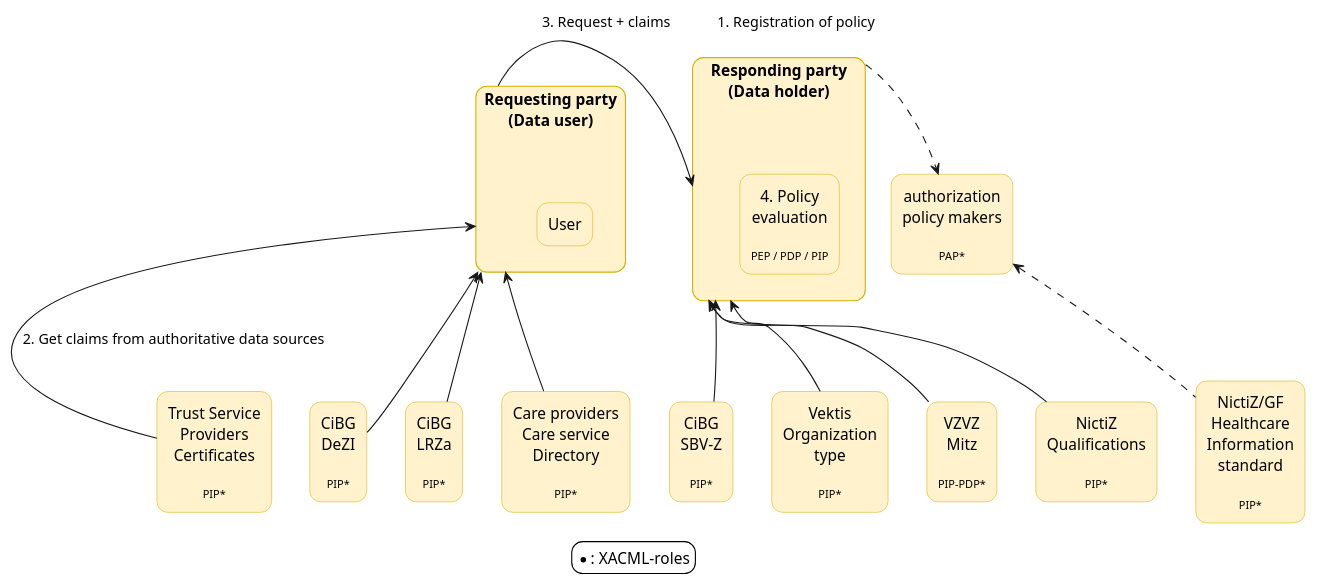
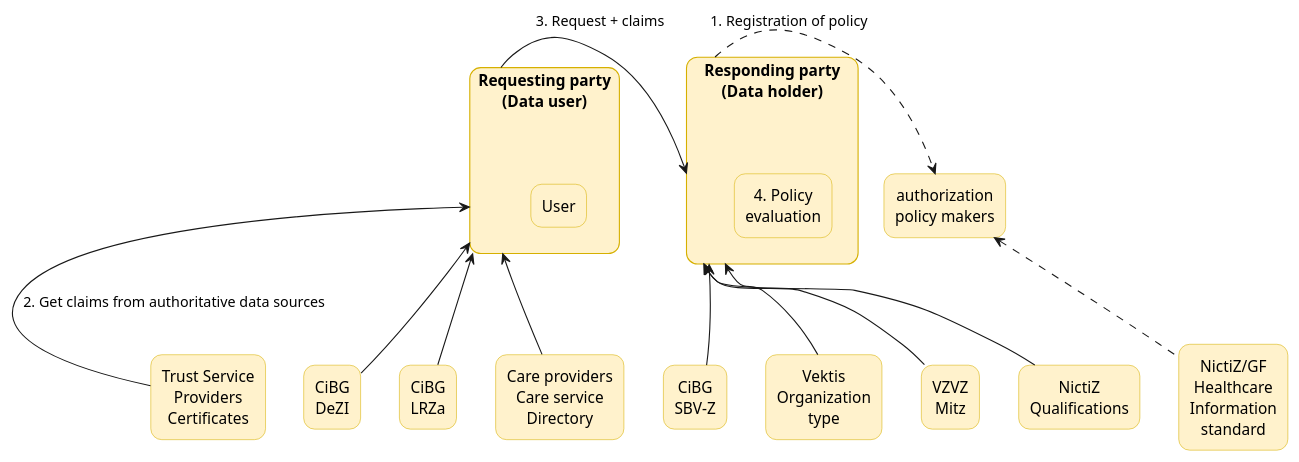
One commit to nuts-foundation/nl-generic-functions-ig changed the diagram in input/images-source/authorization-overview-transactions.plantuml. Above: the diagram before and after it, drawn with PlantUML.

Commit message:
Remove PIP/PEP/PDP/PAP XACML role labels from authorization diagram

```diff
--- a/input/images-source/authorization-overview-transactions.plantuml
+++ b/input/images-source/authorization-overview-transactions.plantuml
@@ -1,74 +1,71 @@
 @startuml authorization-overview-transactions
 
 skinparam roundcorner 20
 skinparam defaultFontName Arial
 skinparam defaultTextAlignment center
 skinparam backgroundColor white
 
 skinparam rectangle {
     BackgroundColor #FFF2CC
     BorderColor #D6B000
 }
 
 ' Top row: main actors
 rectangle "**Requesting party**\n**(Data user)**" as requesting {
     rectangle "User" as user
 }
 
 rectangle "**Responding party**\n**(Data holder)**" as responding {
-    rectangle "4. Policy\nevaluation\n\n<size:10>PEP / PDP / PIP</size>" as policy_eval
+    rectangle "4. Policy\nevaluation" as policy_eval
 }
 
-rectangle "authorization\npolicy makers\n\n<size:10>PAP*</size>" as policy_makers
+rectangle "authorization\npolicy makers" as policy_makers
 
 ' Flows between main actors
 requesting -right-> responding : "3. Request + claims"
 responding -[dashed]right-> policy_makers : "1. Registration of policy"
 
 ' Force top row to stay on one level
 requesting -[hidden]right- responding
 responding -[hidden]right- policy_makers
 
 ' Bottom row: authoritative data sources
-rectangle "Trust Service\nProviders\nCertificates\n\n<size:10>PIP*</size>" as trust
-rectangle "CiBG\nDeZI\n\n<size:10>PIP*</size>" as cibg_dezi
-rectangle "CiBG\nLRZa\n\n<size:10>PIP*</size>" as cibg_lrza
-rectangle "Care providers\nCare service\nDirectory\n\n<size:10>PIP*</size>" as care_dir
-rectangle "CiBG\nSBV-Z\n\n<size:10>PIP*</size>" as sbvz
-rectangle "Vektis\nOrganization\ntype\n\n<size:10>PIP*</size>" as vektis
-rectangle "VZVZ\nMitz\n\n<size:10>PIP-PDP*</size>" as mitz
-rectangle "NictiZ\nQualifications\n\n<size:10>PIP*</size>" as nictiz_qual
-rectangle "NictiZ/GF\nHealthcare\nInformation\nstandard\n\n<size:10>PIP*</size>" as nictiz_std
+rectangle "Trust Service\nProviders\nCertificates" as trust
+rectangle "CiBG\nDeZI" as cibg_dezi
+rectangle "CiBG\nLRZa" as cibg_lrza
+rectangle "Care providers\nCare service\nDirectory" as care_dir
+rectangle "CiBG\nSBV-Z" as sbvz
+rectangle "Vektis\nOrganization\ntype" as vektis
+rectangle "VZVZ\nMitz" as mitz
+rectangle "NictiZ\nQualifications" as nictiz_qual
+rectangle "NictiZ/GF\nHealthcare\nInformation\nstandard" as nictiz_std
 
 ' Force bottom row horizontal order
 trust -[hidden]right- cibg_dezi
 cibg_dezi -[hidden]right- cibg_lrza
 cibg_lrza -[hidden]right- care_dir
 care_dir -[hidden]right- sbvz
 sbvz -[hidden]right- vektis
 vektis -[hidden]right- mitz
 mitz -[hidden]right- nictiz_qual
 nictiz_qual -[hidden]right- nictiz_std
 
 ' Force bottom row below top row
 requesting -[hidden]down- trust
 requesting -[hidden]down- cibg_dezi
 responding -[hidden]down- sbvz
 responding -[hidden]down- vektis
 
 ' Arrows from data sources up: "2. Get claims from authoritative data sources"
 trust -up-> requesting : "2. Get claims from authoritative data sources"
 cibg_dezi -up-> requesting
 cibg_lrza -up-> requesting
 care_dir -up-> requesting
 sbvz -up-> responding
 vektis -up-> responding
 mitz -up-> responding
 nictiz_qual -up-> responding
 nictiz_std -[dashed]up-> policy_makers
 
-legend bottom
-  *: XACML-roles
-endlegend
 
 @enduml
```
